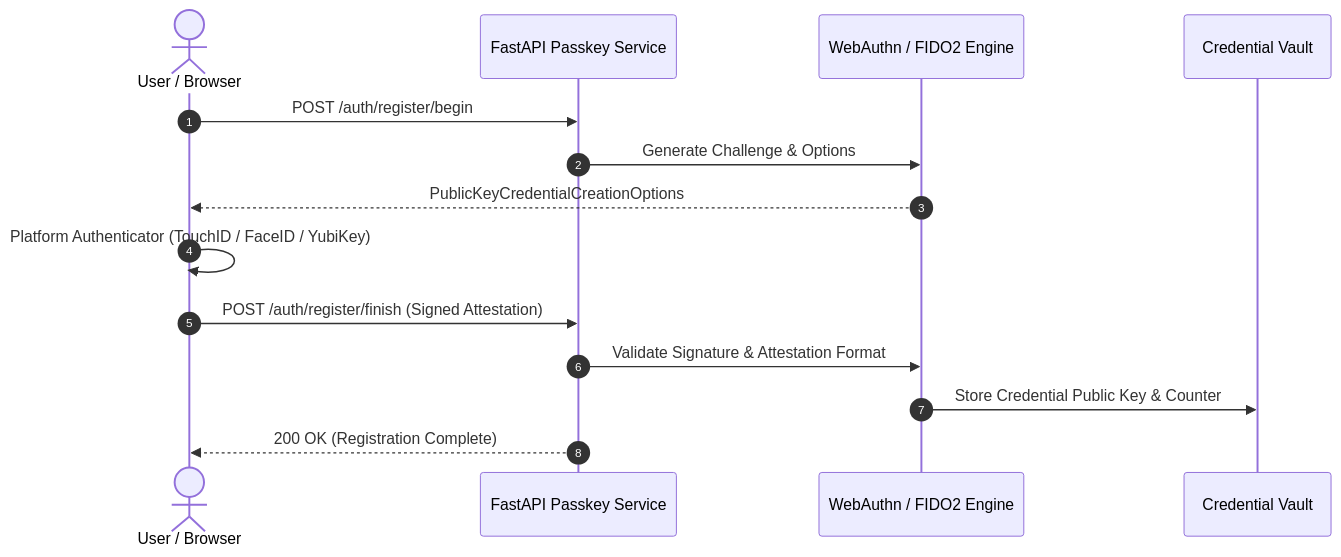
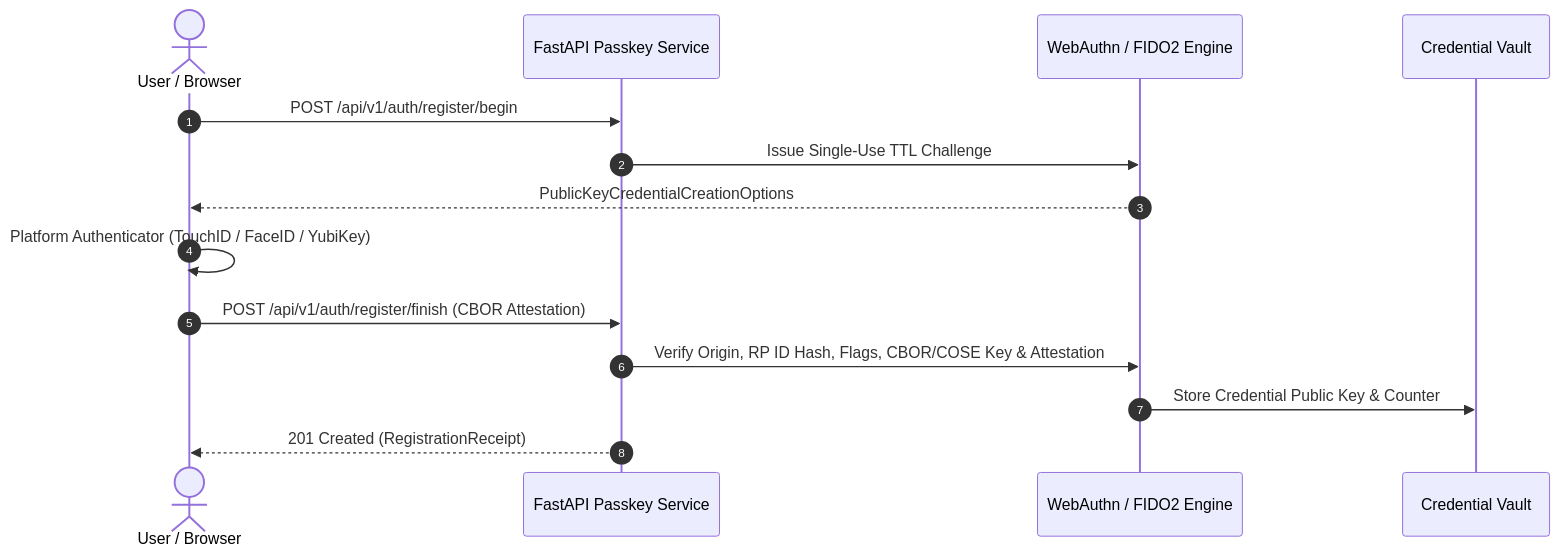
Before and after one commit to txltedxgod/auth-passkey-service: the diagram in README.md, drawn with Mermaid. The commit also changed other lines of this file and 15 other files, not shown here.

Commit message:
feat(fido2): implement cryptographic WebAuthn CBOR/COSE verification, anti-cloning & green CI (#20)

````diff
--- a/README.md
+++ b/README.md
@@ -3,17 +10,17 @@
 ```mermaid
 sequenceDiagram
     autonumber
     actor User as User / Browser
     participant API as FastAPI Passkey Service
     participant FIDO as WebAuthn / FIDO2 Engine
     participant DB as Credential Vault
 
-    User->>API: POST /auth/register/begin
-    API->>FIDO: Generate Challenge & Options
+    User->>API: POST /api/v1/auth/register/begin
+    API->>FIDO: Issue Single-Use TTL Challenge
     FIDO-->>User: PublicKeyCredentialCreationOptions
     User->>User: Platform Authenticator (TouchID / FaceID / YubiKey)
-    User->>API: POST /auth/register/finish (Signed Attestation)
-    API->>FIDO: Validate Signature & Attestation Format
+    User->>API: POST /api/v1/auth/register/finish (CBOR Attestation)
+    API->>FIDO: Verify Origin, RP ID Hash, Flags, CBOR/COSE Key & Attestation
     FIDO->>DB: Store Credential Public Key & Counter
-    API-->>User: 200 OK (Registration Complete)
+    API-->>User: 201 Created (RegistrationReceipt)
 ```
````
